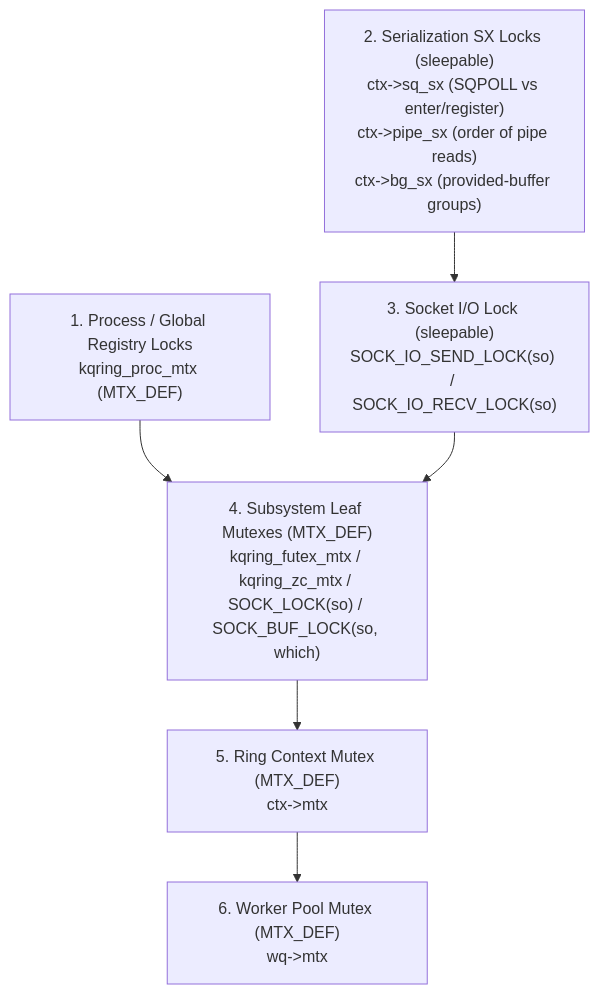
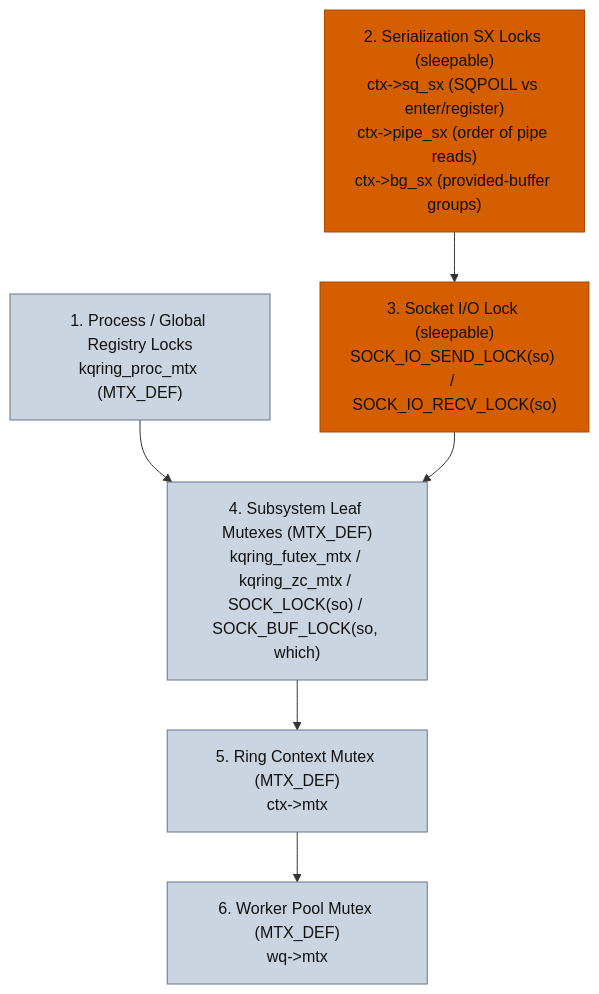
Before and after one commit to grepjava/kqring: diagram 12 of 15 in ARCHITECTURE.MD, drawn with Mermaid. The commit also changed other lines of this file and 1 other file, not shown here.

First line of the commit message:
Docs: color the diagrams by role

````diff
--- a/ARCHITECTURE.MD
+++ b/ARCHITECTURE.MD
@@ -506,12 +596,17 @@
 ```mermaid
 flowchart TD
     L1["1. Process / Global Registry Locks<br/>kqring_proc_mtx (MTX_DEF)"]
     L2["2. Serialization SX Locks (sleepable)<br/>ctx->sq_sx (SQPOLL vs enter/register)<br/>ctx->pipe_sx (order of pipe reads)<br/>ctx->bg_sx (provided-buffer groups)"]
     L3["3. Socket I/O Lock (sleepable)<br/>SOCK_IO_SEND_LOCK(so) / SOCK_IO_RECV_LOCK(so)"]
     L4["4. Subsystem Leaf Mutexes (MTX_DEF)<br/>kqring_futex_mtx / kqring_zc_mtx / SOCK_LOCK(so) / SOCK_BUF_LOCK(so, which)"]
     L5["5. Ring Context Mutex (MTX_DEF)<br/>ctx->mtx"]
     L6["6. Worker Pool Mutex (MTX_DEF)<br/>wq->mtx"]
 
     L1 --> L4
     L2 --> L3 --> L4 --> L5 --> L6
+
+    classDef worker fill:#d55e00,stroke:#a84a00,color:#111111
+    classDef plain fill:#cbd5e1,stroke:#64748b,color:#111111
+    class L1,L4,L5,L6 plain
+    class L2,L3 worker
 ```
````
